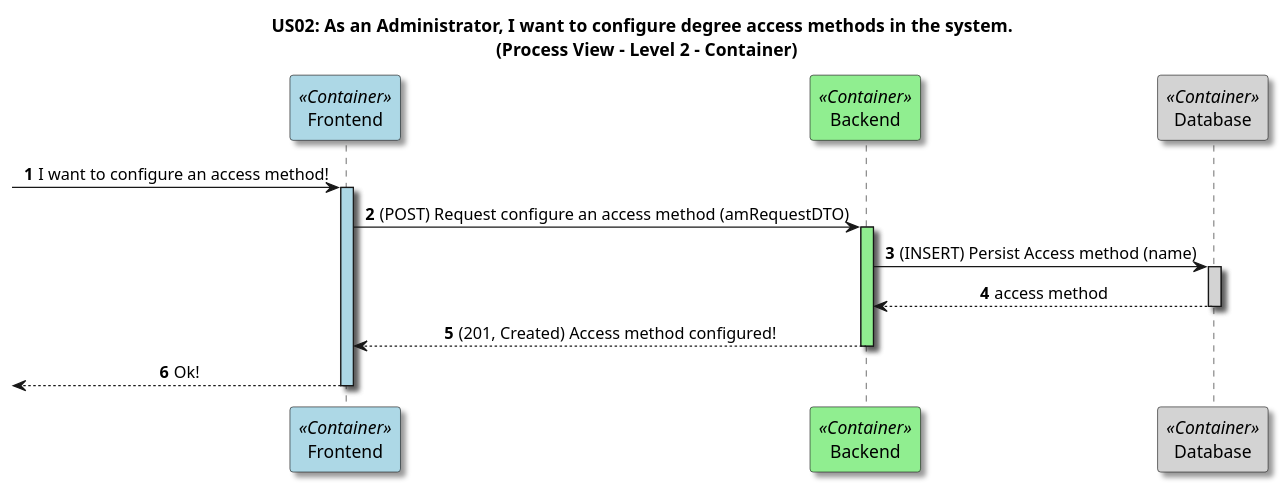
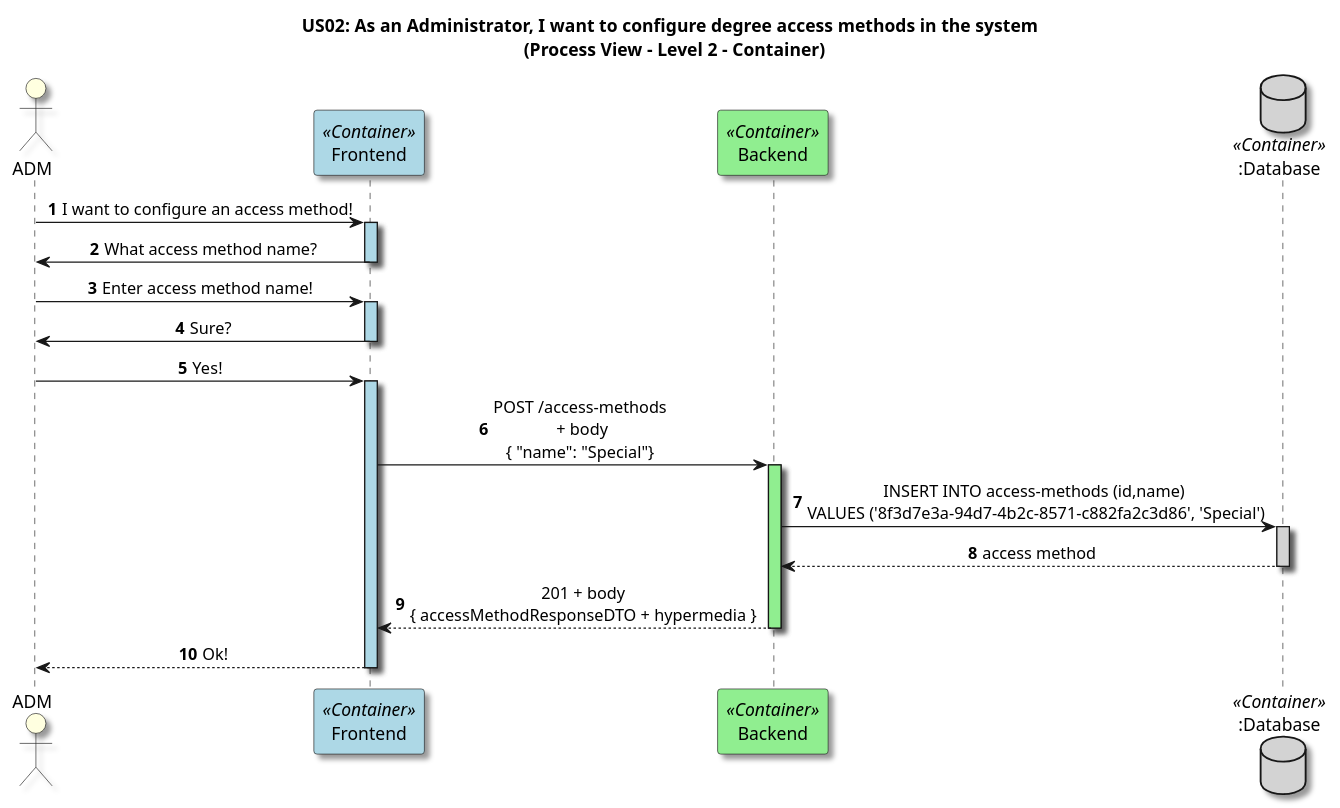
Before and after one commit to GasparISEP/DevOps-PAI: the diagram in docs/US02/Sprint6_RestAPI/ProcessView/Level2.puml, drawn with PlantUML. The commit also changed 2 other files, not shown here.

Commit message:
refactor (diagrams): update Lvl 2 and Lvl 3 process view and Lvl4 scenario view diagrams - update message descriptions to improve clarity and consistency. Closes #650

```diff
--- a/docs/US02/Sprint6_RestAPI/ProcessView/Level2.puml
+++ b/docs/US02/Sprint6_RestAPI/ProcessView/Level2.puml
@@ -1,40 +1,44 @@
 @startuml
-title US02: As an Administrator, I want to configure degree access methods in the system. \n (Process View - Level 2 - Container)
+title US02: As an Administrator, I want to configure degree access methods in the system \n (Process View - Level 2 - Container)
 
 skinparam defaultTextAlignment center
 skinparam shadowing true
 
 autonumber
 
-
+actor ADM as ADM #LightYellow
 participant "Frontend" as FE <<Container>> #LightBlue
 participant "Backend" as BE <<Container>> #LightGreen
-participant "Database" as DB <<Container>> #LightGray
+database ":Database" as DB <<Container>> #LightGray
 
-' Início do processo
--> FE: I want to configure an access method!
+
+ADM-> FE: I want to configure an access method!
 activate FE #LightBlue
 
+FE -> ADM: What access method name?
+deactivate FE
 
+ADM -> FE: Enter access method name!
+activate FE #LightBlue
 
+FE -> ADM: Sure?
+deactivate FE
 
+ADM -> FE: Yes!
+activate FE #LightBlue
 
-
-
-
-
-FE -> BE: (POST) Request configure an access method (amRequestDTO)
+FE -> BE: POST /access-methods\n + body\n{ "name": "Special"}
 activate BE #LightGreen
 
-BE -> DB: (INSERT) Persist Access method (name)
+BE -> DB: INSERT INTO access-methods (id,name) \nVALUES ('8f3d7e3a-94d7-4b2c-8571-c882fa2c3d86', 'Special')
 activate DB #LightGray
 DB --> BE: access method
 deactivate DB
 
-BE --> FE: (201, Created) Access method configured!
+BE --> FE: 201 + body\n{ accessMethodResponseDTO + hypermedia }
 deactivate BE
 
-<-- FE: Ok!
+ADM<-- FE: Ok!
 deactivate FE
 
 @enduml
```
